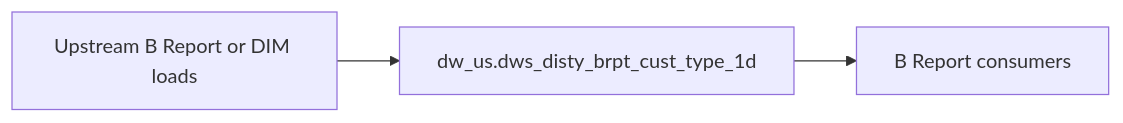
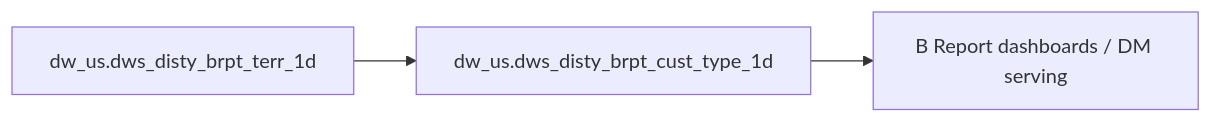
Before and after one commit to chengduhaha/data_agent: the diagram in backend/defaults/b_report/workspace/target/knowledgebase/b-report-us/dws_disty_brpt_cust_type_1d.md, drawn with Mermaid. The commit also changed other lines of this file and 1108 other files, not shown here.

````diff
--- a/backend/defaults/b_report/workspace/target/knowledgebase/b-report-us/dws_disty_brpt_cust_type_1d.md
+++ b/backend/defaults/b_report/workspace/target/knowledgebase/b-report-us/dws_disty_brpt_cust_type_1d.md
@@ -144,8 +267,8 @@
 ```mermaid
 flowchart LR
-  upstream[Upstream B Report or DIM loads]
-  tgt["dw_us.dws_disty_brpt_cust_type_1d"]
-  brpt[B Report consumers]
-  upstream --> tgt
-  tgt --> brpt
+  dw_us_dws_disty_brpt_cust_type_1d["dw_us.dws_disty_brpt_cust_type_1d"]
+  src0["dw_us.dws_disty_brpt_terr_1d"]
+  src0 --> dw_us_dws_disty_brpt_cust_type_1d
+  consumers["B Report dashboards / DM serving"]
+  dw_us_dws_disty_brpt_cust_type_1d --> consumers
 ```
````
